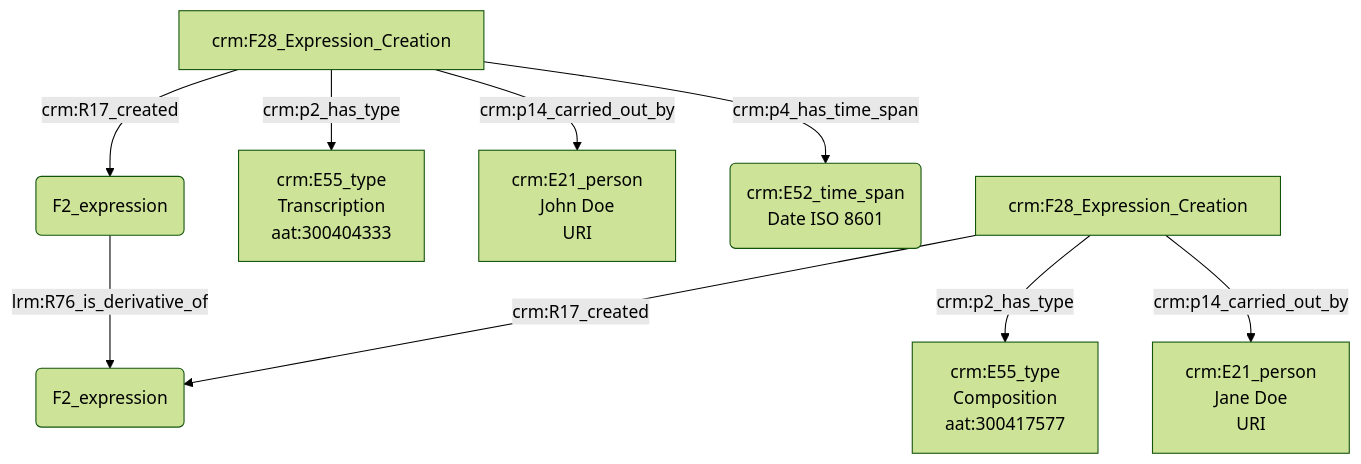
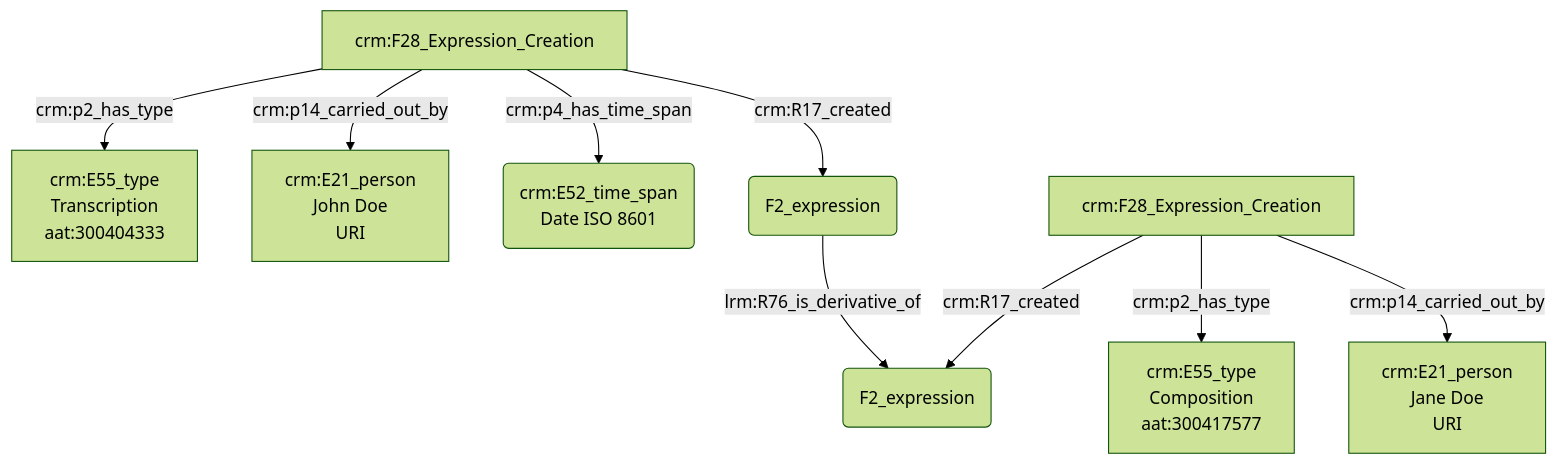
Before and after one commit to Amleth/consortium-musica2-gt2-ontologies: the diagram in modules/livrables/Dossier 2/Indexation conceptuelle/transcription d'une œuvre.md, drawn with Mermaid (forest theme).

Commit message:
Update transcription d'une œuvre.md

````diff
--- a/modules/livrables/Dossier 2/Indexation conceptuelle/transcription d'une œuvre.md
+++ b/modules/livrables/Dossier 2/Indexation conceptuelle/transcription d'une œuvre.md
@@ -18,16 +18,18 @@
 ```mermaid
 graph TD;
 
-N(F2_expression) --> |lrm:R76_is_derivative_of| M(F2_expression)
+
 
 
 A[crm:F28_Expression_Creation] --> |crm:p2_has_type| B[crm:E55_type<br>Transcription<br>aat:300404333]
 A[crm:F28_Expression_Creation] --> |crm:p14_carried_out_by| C[crm:E21_person<br>John Doe<br>URI]
 A[crm:F28_Expression_Creation] --> |crm:p4_has_time_span| I(crm:E52_time_span<br>Date ISO 8601)
 A[crm:F28_Expression_Creation] --> |crm:R17_created| N(F2_expression)
 
+N(F2_expression) --> |lrm:R76_is_derivative_of| M(F2_expression)
+
 E[crm:F28_Expression_Creation] --> |crm:R17_created| M(F2_expression)
 E[crm:F28_Expression_Creation] --> |crm:p2_has_type| G[crm:E55_type<br>Composition<br>aat:300417577]
 E[crm:F28_Expression_Creation] --> |crm:p14_carried_out_by| F[crm:E21_person<br>Jane Doe<br>URI]
 
 ```
````
